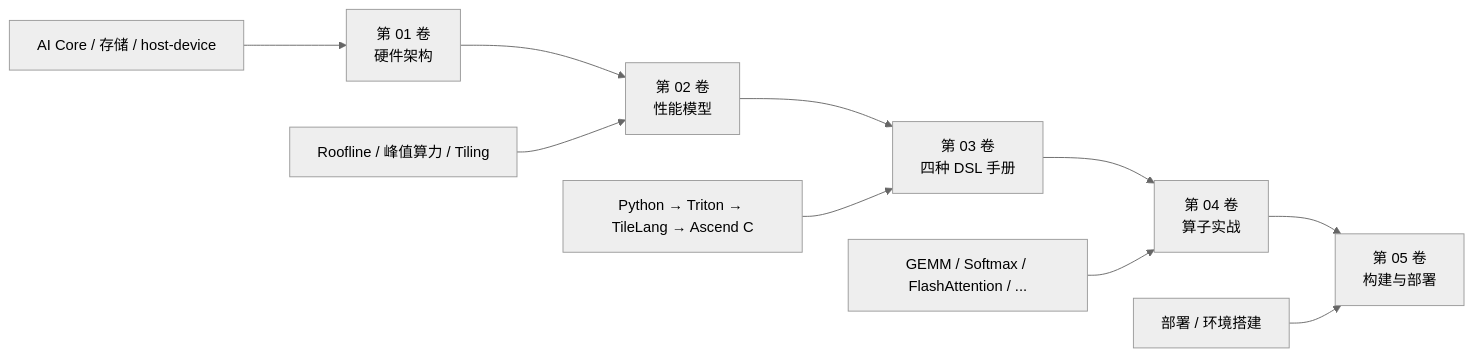
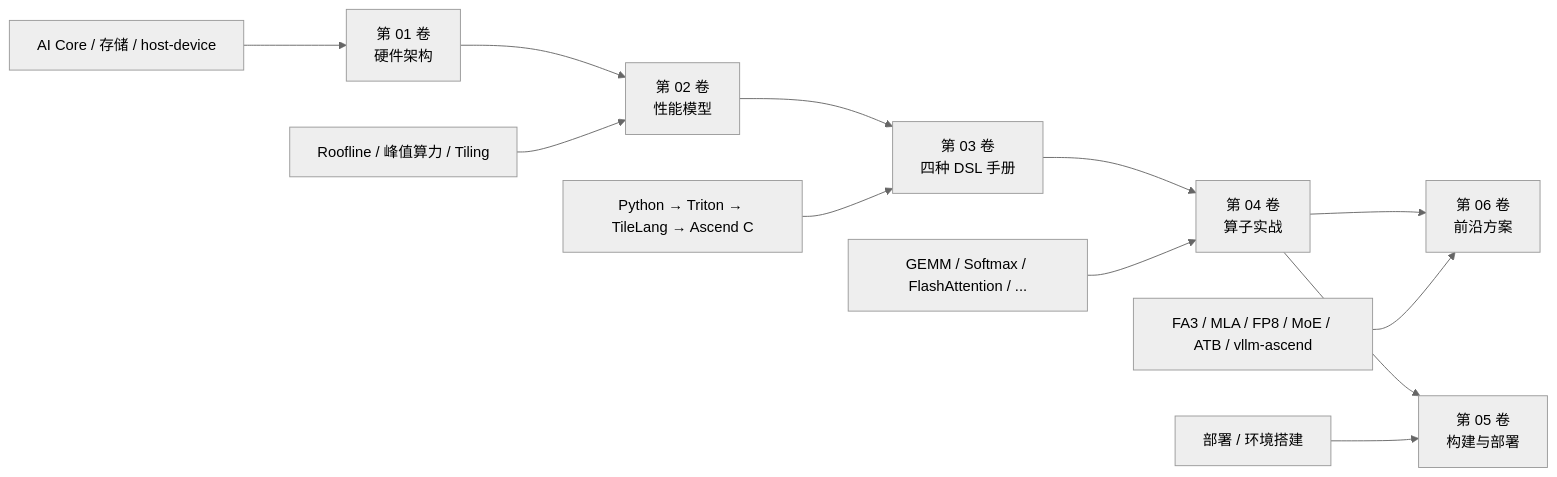
The first of 2 diagrams in docs/pages/index.mdx (SuccinctPaul/Ascend-Notes), drawn with Mermaid (neutral theme) before and after one commit. The commit also changed other lines of this file and 5 other files, not shown here.

````diff
--- a/docs/pages/index.mdx
+++ b/docs/pages/index.mdx
@@ -24,13 +24,15 @@
 ```mermaid
 flowchart LR
     A["第 01 卷<br/>硬件架构"] --> B["第 02 卷<br/>性能模型"]
     B --> C["第 03 卷<br/>四种 DSL 手册"]
     C --> D["第 04 卷<br/>算子实战"]
+    D --> F["第 06 卷<br/>前沿方案"]
     D --> E["第 05 卷<br/>构建与部署"]
     
     A1["AI Core / 存储 / host-device"] --> A
     B1["Roofline / 峰值算力 / Tiling"] --> B
     C1["Python → Triton → TileLang → Ascend C"] --> C
     D1["GEMM / Softmax / FlashAttention / ..."] --> D
     E1["部署 / 环境搭建"] --> E
+    F1["FA3 / MLA / FP8 / MoE / ATB / vllm-ascend"] --> F
 ```
````
